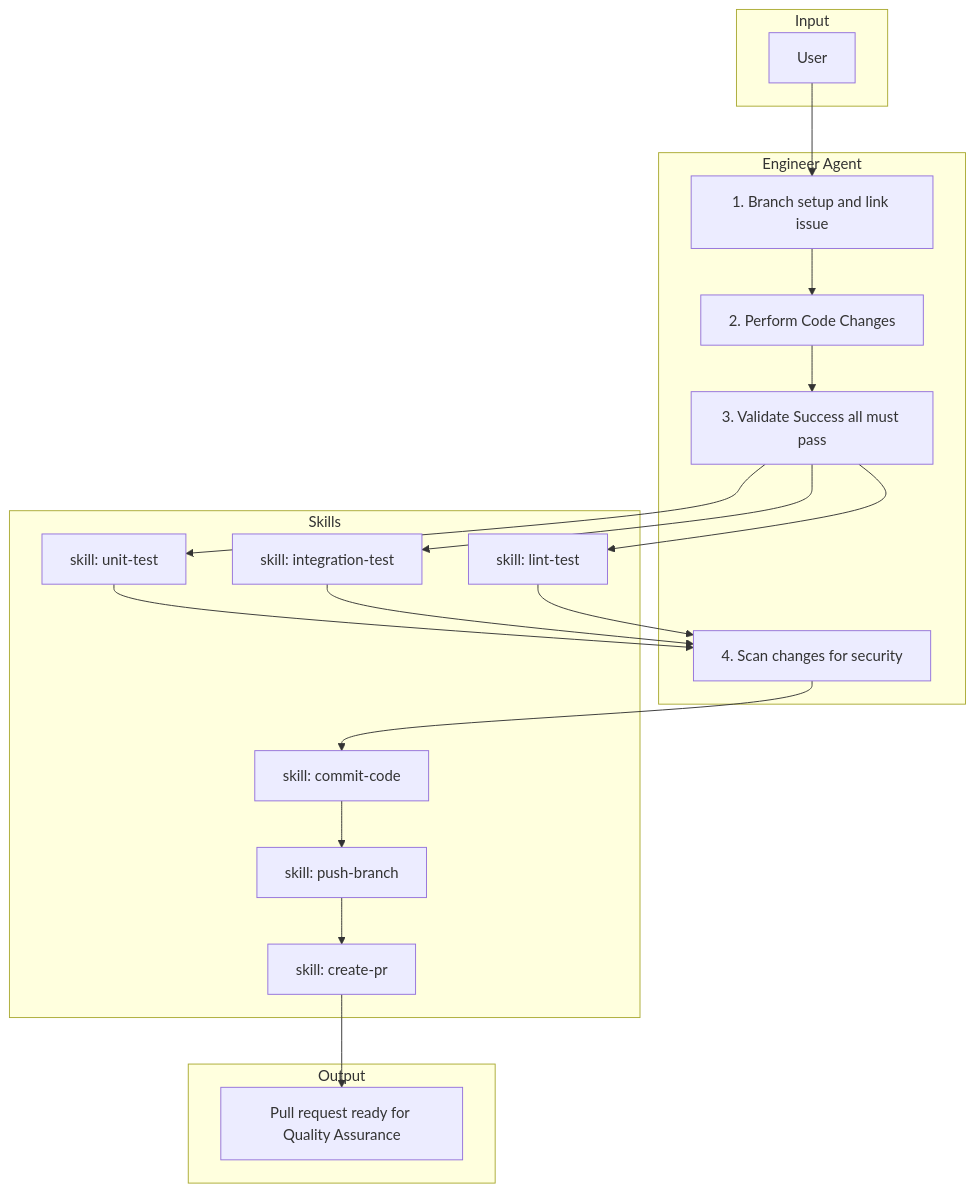
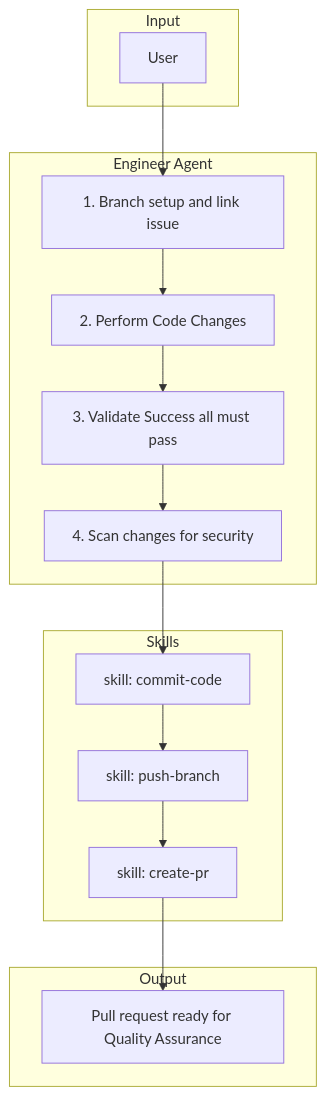
The diagram in docs/agents/engineer.md (alto9/forge), drawn with Mermaid before and after one commit. The commit also changed other lines of this file and 23 other files, not shown here.

````diff
--- a/docs/agents/engineer.md
+++ b/docs/agents/engineer.md
@@ -13,40 +13,32 @@
 ```mermaid
 flowchart TD
     subgraph Input
         A[User]
     end
 
     subgraph EngineerAgent["Engineer Agent"]
         B0[1. Branch setup and link issue]
         B[2. Perform Code Changes]
         C[3. Validate Success all must pass]
         D[4. Scan changes for security]
     end
 
     subgraph Skills["Skills"]
-        E[skill: unit-test]
-        F[skill: integration-test]
-        G[skill: lint-test]
         H[skill: commit-code]
         I[skill: push-branch]
         J[skill: create-pr]
     end
 
     subgraph Output
         K[Pull request ready for Quality Assurance]
     end
 
     A --> B0
     B0 --> B
     B --> C
-    C --> E
-    C --> F
-    C --> G
-    E --> D
-    F --> D
-    G --> D
+    C --> D
     D --> H
     H --> I
     I --> J
     J --> K
 ```
````
